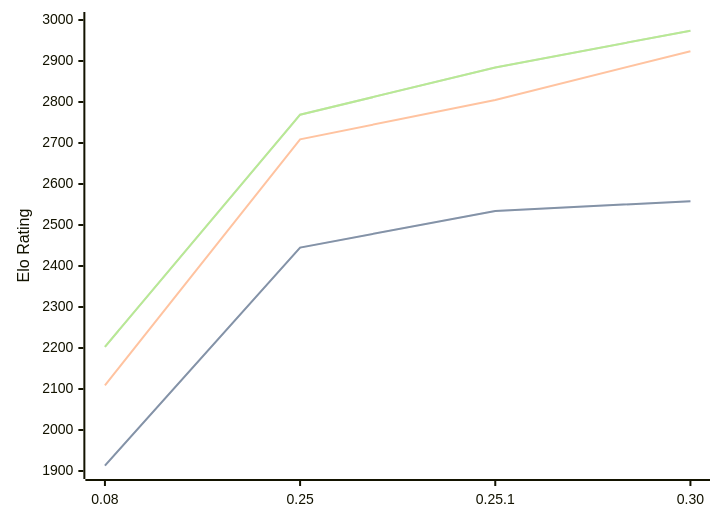
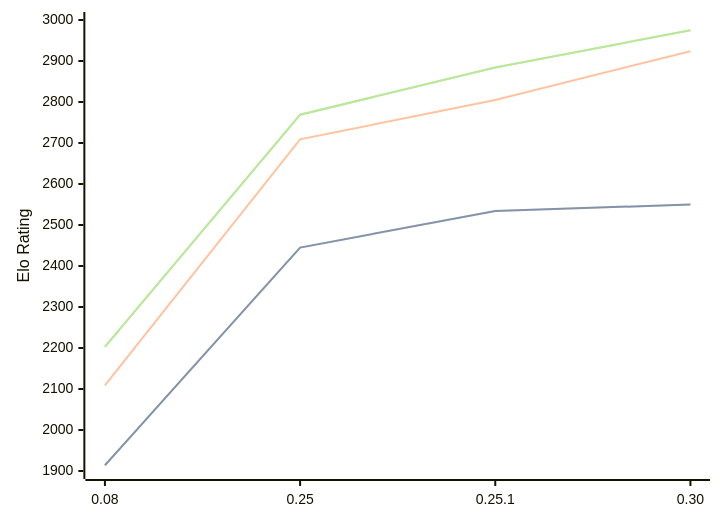
Before and after one commit to computer-chess-index/cci: the diagram in engines/Gecko.md, drawn with Mermaid. The commit also changed other lines of this file, not shown here.

Commit message:
Update CCI Ratings (ELO VLTC) - 2026-05-13

````diff
--- a/engines/Gecko.md
+++ b/engines/Gecko.md
@@ -34,11 +34,11 @@
 ```mermaid
 %%{init: {"theme":"base","themeVariables":{"seriesColors:['#a3a3a3','#222221','#faa371']}}}%%
 xychart-beta
   x-axis ["0.08", "0.25", "0.25.1", "0.30"]
   y-axis "Elo Rating" 1900 --> 3000
-  line "STC (8.0+0.08s)" [1913, 2445, 2534, 2558]
-  line "STC (8.0+0.08s)" [1913, 2445, 2534, 2558]
+  line "STC (8.0+0.08s)" [1914, 2445, 2534, 2550]
+  line "STC (8.0+0.08s)" [1914, 2445, 2534, 2550]
   line "LTC (60.0+0.60s)" [2109, 2709, 2805, 2924]
-  line "VLTC (2m24s+1.12s)" [2203, 2769, 2884, 2974]
-  line "VLTC (2m24s+1.12s)" [2203, 2769, 2884, 2974]
+  line "VLTC (2m24s+1.12s)" [2203, 2769, 2884, 2975]
+  line "VLTC (2m24s+1.12s)" [2203, 2769, 2884, 2975]
 ```
````
